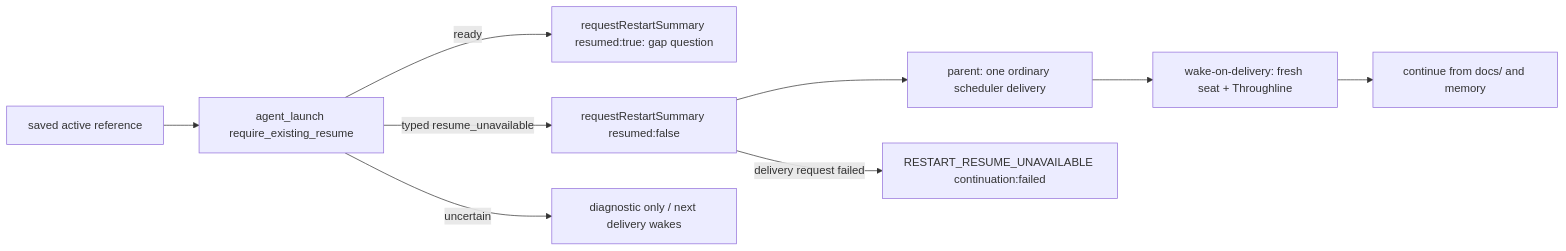
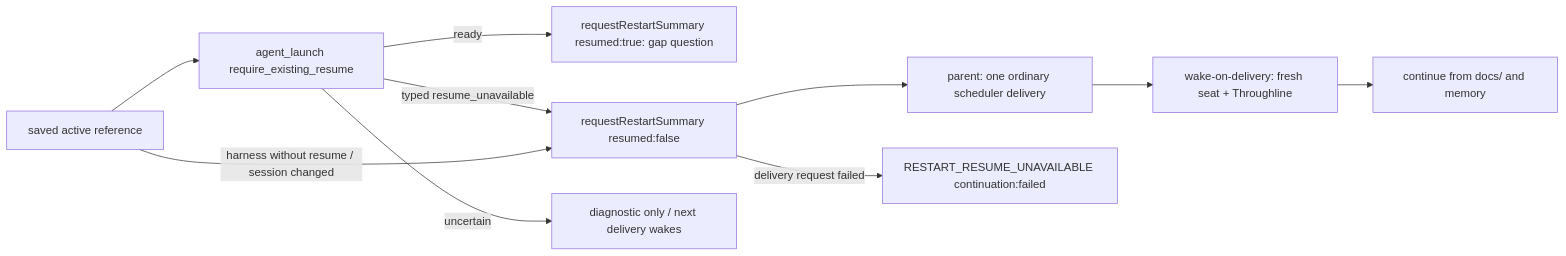
The diagram in docs/architecture/modules/execution/restart-resume.md (kitepon/BellTeam), drawn with Mermaid before and after one commit. The commit also changed other lines of this file and 2 other files, not shown here.

First line of the commit message:
Wake a working seat fresh when its saved conversation cannot be resumed here

````diff
--- a/docs/architecture/modules/execution/restart-resume.md
+++ b/docs/architecture/modules/execution/restart-resume.md
@@ -13,11 +14,12 @@
 ```mermaid
 flowchart LR
   Ref[saved active reference] --> Resume[agent_launch require_existing_resume]
   Resume -->|ready| Gap[requestRestartSummary resumed:true: gap question]
   Resume -->|typed resume_unavailable| Fresh[requestRestartSummary resumed:false]
   Fresh --> Deliver[parent: one ordinary scheduler delivery]
   Deliver --> Wake[wake-on-delivery: fresh seat + Throughline]
   Wake --> Continue[continue from docs/ and memory]
   Fresh -->|delivery request failed| Diag[RESTART_RESUME_UNAVAILABLE continuation:failed]
   Resume -->|uncertain| Uncertain[diagnostic only / next delivery wakes]
+  Ref -->|harness without resume / session changed| Fresh
 ```
````
